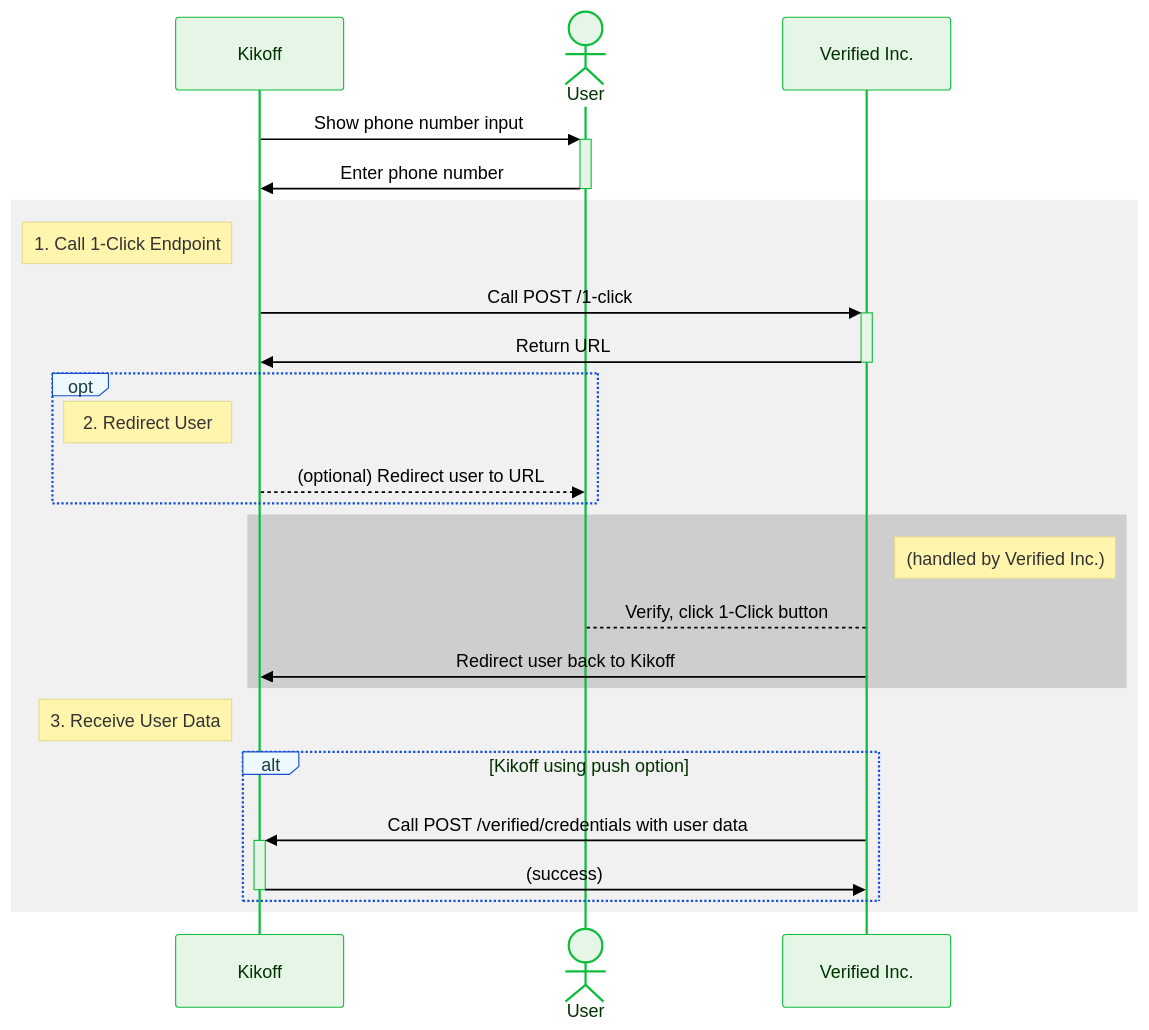
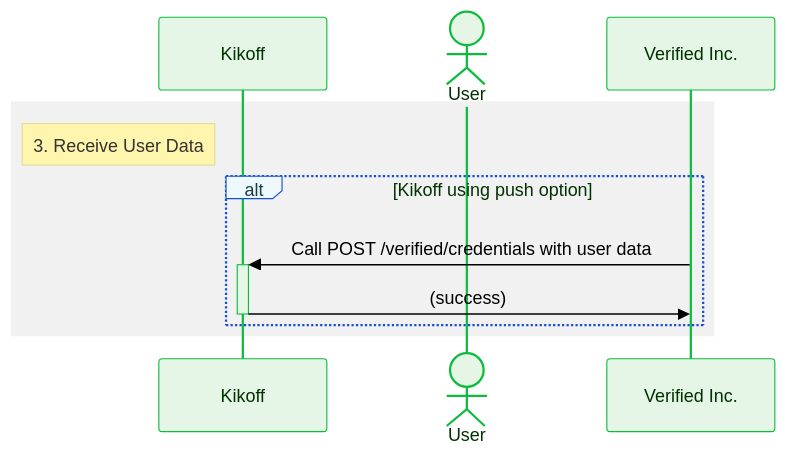
One commit to VerifiedInc/VerifiedInc.github.io changed the seventh of 7 diagrams in docs/kikoff-1-click-signup.mdx. Above: the diagram before and after it, drawn with Mermaid. The commit also changed other lines of this file and 18 other files, not shown here.

Commit message:
Overhauled the Kikoff guide to recommend no redirect. Also removed the broken demo embeds.

````diff
--- a/docs/kikoff-1-click-signup.mdx
+++ b/docs/kikoff-1-click-signup.mdx
@@ -288,48 +653,34 @@
 ```mermaid
 %%{
     init: {
         'theme': 'base',
         'themeVariables': {
             'primaryColor': '#e6f6e6',
             'primaryTextColor': '#003100',
             'primaryBorderColor': '#0dbc3d',
             'secondaryColor': '#eef9fd',
             'secondaryTextColor': '#193c47',
             'secondaryBorderColor': '#164fd6',
             'activationBkgColor': '#e6f6e6',
             'activationBorderColor': '#0dbc3d',
             'labelBoxBkgColor': '#eef9fd',
             'labelBoxBorderColor': '#164fd6',
             'labelTextColor': '#193c47',
             'edgeLabelBackground': '#ffffff',
             'textColor': '#000000',
             'fontFamily': 'Lato'
         }
     }
 }%%
 sequenceDiagram
     participant C as Kikoff
     actor U as User
     participant V as Verified Inc.
-    C->>+U: Show phone number input
-    U->>-C: Enter phone number
     rect rgb(200,200,200,0.25)
-        note left of C: 1. Call 1-Click Endpoint
-        C->>+V: Call POST /1-click
-        V->>-C: Return URL
-        opt
-            note left of C: 2. Redirect User
-            C-->>U: (optional) Redirect user to URL
-        end
-        rect rgb(200,200,200,0.85)
-            note right of V: (handled by Verified Inc.)
-            V-->U: Verify, click 1-Click button
-            V->>C: Redirect user back to Kikoff 
-        end
         note left of C: 3. Receive User Data
         alt Kikoff using push option
             V->>+C: Call POST /verified/credentials with user data
             C->>-V: (success)
         end
     end
 ```
````
